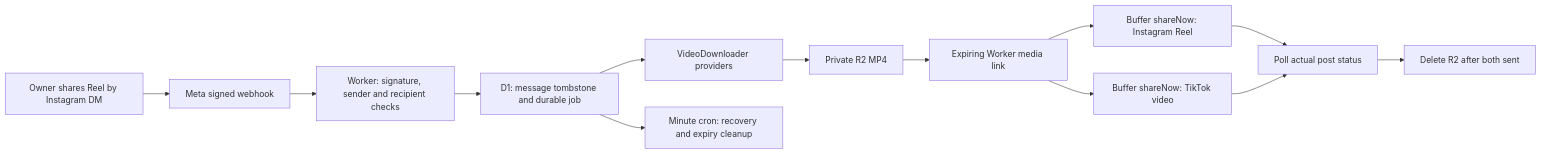
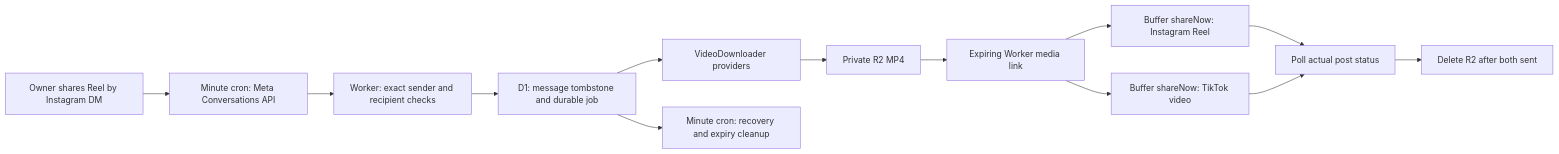
The diagram in README.md (RebarFw/meme-autoposter), drawn with Mermaid before and after one commit. The commit also changed other lines of this file and 15 other files, not shown here.

Commit message:
Add approved sender-only Meta polling for unpublished app

````diff
--- a/README.md
+++ b/README.md
@@ -15,15 +17,15 @@
 ```mermaid
 flowchart LR
-  A[Owner shares Reel by Instagram DM] --> B[Meta signed webhook]
-  B --> C[Worker: signature, sender and recipient checks]
+  A[Owner shares Reel by Instagram DM] --> B[Minute cron: Meta Conversations API]
+  B --> C[Worker: exact sender and recipient checks]
   C --> D[D1: message tombstone and durable job]
   D --> E[VideoDownloader providers]
   E --> F[Private R2 MP4]
   F --> G[Expiring Worker media link]
   G --> H[Buffer shareNow: Instagram Reel]
   G --> I[Buffer shareNow: TikTok video]
   H --> J[Poll actual post status]
   I --> J
   J --> K[Delete R2 after both sent]
   D --> L[Minute cron: recovery and expiry cleanup]
 ```
````
